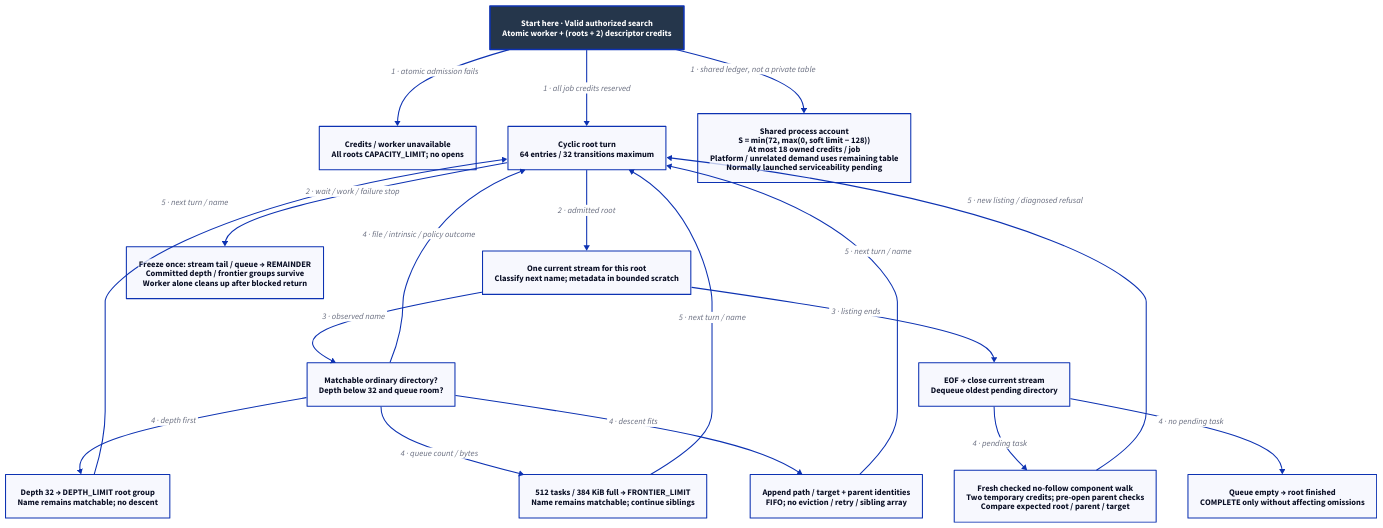
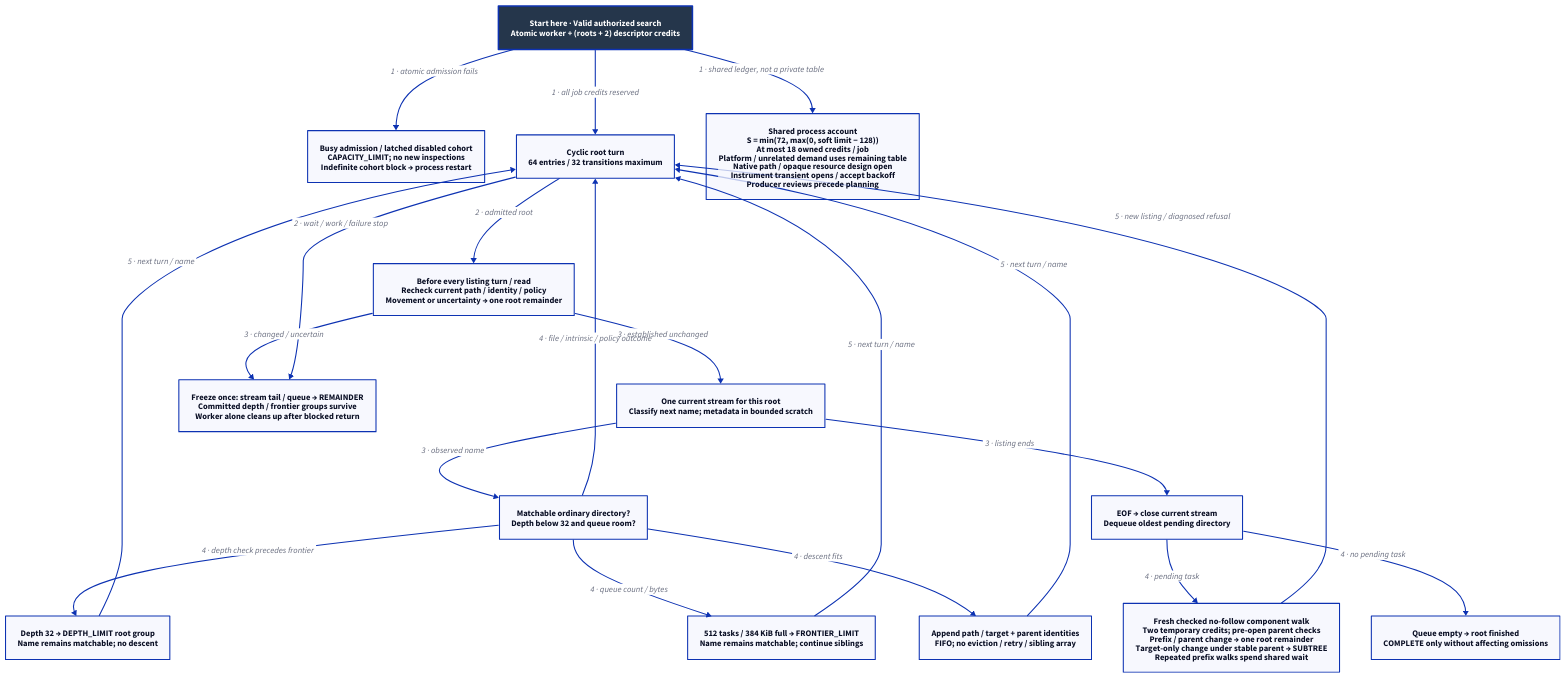
The diagram in docs/design/architecture/search-traversal.d2 (Linkuistics/Koine), drawn with D2 before and after one commit. The commit also changed 24 other files, not shown here.

Commit message:
search-traversal-k107: integrate traversal review repairs and externalize native path/resource designs before planning

```diff
--- a/docs/design/architecture/search-traversal.d2
+++ b/docs/design/architecture/search-traversal.d2
@@ -1,35 +1,38 @@
 # Proposed per-root algorithm; process account is shared by every job/instance.
 direction: down
 classes: {
   start: {style: {fill: "#25364B"; font-color: "#FFFFFF"; bold: true; stroke-width: 3}}
 }
 Start: "Start here · Valid authorized search\nAtomic worker + (roots + 2) descriptor credits" {class: start}
-Refuse: "Credits / worker unavailable\nAll roots CAPACITY_LIMIT; no opens"
+Refuse: "Busy admission / latched disabled cohort\nCAPACITY_LIMIT; no new inspections\nIndefinite cohort block → process restart"
 Cycle: "Cyclic root turn\n64 entries / 32 transitions maximum"
+Check: "Before every listing turn / read\nRecheck current path / identity / policy\nMovement or uncertainty → one root remainder"
 Stream: "One current stream for this root\nClassify next name; metadata in bounded scratch"
 Anchor: "Matchable ordinary directory?\nDepth below 32 and queue room?"
 Depth: "Depth 32 → DEPTH_LIMIT root group\nName remains matchable; no descent"
 Frontier: "512 tasks / 384 KiB full → FRONTIER_LIMIT\nName remains matchable; continue siblings"
 Queue: "Append path / target + parent identities\nFIFO; no eviction / retry / sibling array"
 EOF: "EOF → close current stream\nDequeue oldest pending directory"
 Done: "Queue empty → root finished\nCOMPLETE only without affecting omissions"
-Walk: "Fresh checked no-follow component walk\nTwo temporary credits; pre-open parent checks\nCompare expected root / parent / target"
+Walk: "Fresh checked no-follow component walk\nTwo temporary credits; pre-open parent checks\nPrefix / parent change → one root remainder\nTarget-only change under stable parent → SUBTREE\nRepeated prefix walks spend shared wait"
 Stop: "Freeze once: stream tail / queue → REMAINDER\nCommitted depth / frontier groups survive\nWorker alone cleans up after blocked return"
-Limits: "Shared process account\nS = min(72, max(0, soft limit − 128))\nAt most 18 owned credits / job\nPlatform / unrelated demand uses remaining table\nNormally launched serviceability pending"
+Limits: "Shared process account\nS = min(72, max(0, soft limit − 128))\nAt most 18 owned credits / job\nPlatform / unrelated demand uses remaining table\nNative path / opaque resource design open\nInstrument transient opens / accept backoff\nProducer reviews precede planning"
 Start -> Refuse: "1 · atomic admission fails"
 Start -> Cycle: "1 · all job credits reserved"
 Start -> Limits: "1 · shared ledger, not a private table"
-Cycle -> Stream: "2 · admitted root"
+Cycle -> Check: "2 · admitted root"
+Check -> Stream: "3 · established unchanged"
+Check -> Stop: "3 · changed / uncertain"
 Stream -> Anchor: "3 · observed name"
-Anchor -> Depth: "4 · depth first"
+Anchor -> Depth: "4 · depth check precedes frontier"
 Anchor -> Frontier: "4 · queue count / bytes"
 Anchor -> Queue: "4 · descent fits"
 Anchor -> Cycle: "4 · file / intrinsic / policy outcome"
 Depth -> Cycle: "5 · next turn / name"
 Frontier -> Cycle: "5 · next turn / name"
 Queue -> Cycle: "5 · next turn / name"
 Stream -> EOF: "3 · listing ends"
 EOF -> Walk: "4 · pending task"
 EOF -> Done: "4 · no pending task"
 Walk -> Cycle: "5 · new listing / diagnosed refusal"
 Cycle -> Stop: "2 · wait / work / failure stop"
```
